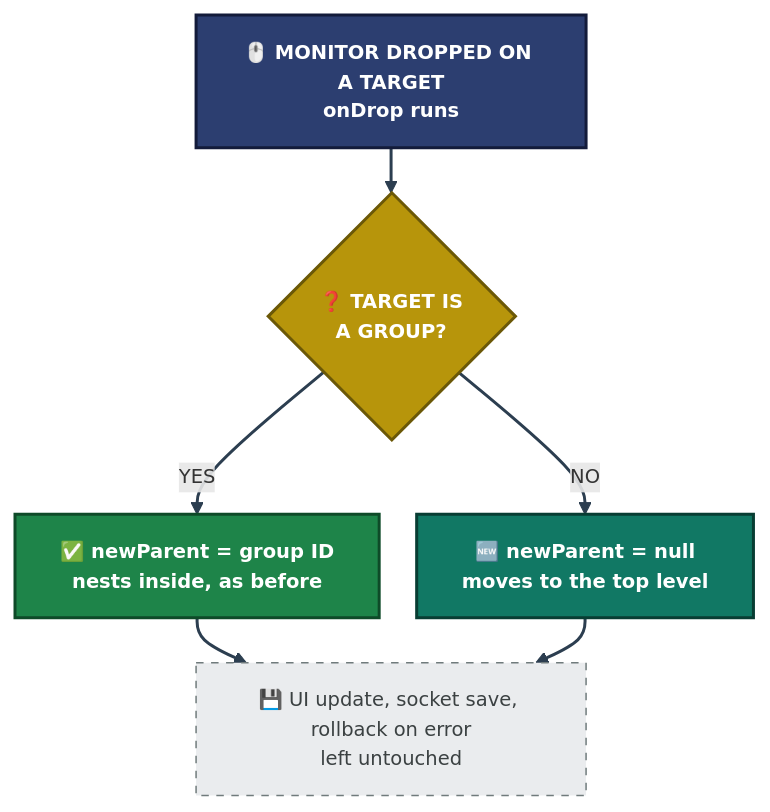
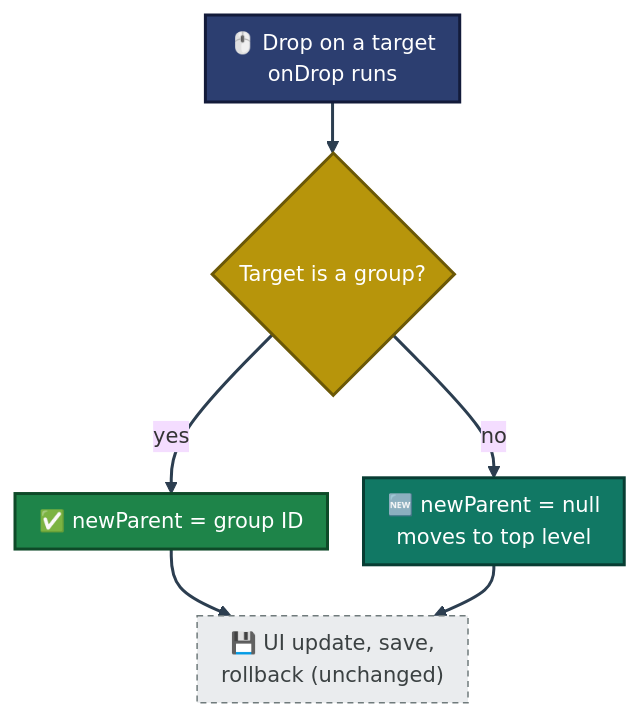
Before and after one commit to malaika-azhar/Real-World-Tier2-Support-Projects: the third of 4 diagrams in project-4-uptime-kuma-open-source-contribution/README.md, drawn with Mermaid. The commit also changed other lines of this file, not shown here.

````diff
--- a/project-4-uptime-kuma-open-source-contribution/README.md
+++ b/project-4-uptime-kuma-open-source-contribution/README.md
@@ -461,16 +454,15 @@
 ```mermaid
-%%{init: {'flowchart': {'nodeSpacing': 25, 'rankSpacing': 30, 'htmlLabels': true}, 'themeVariables': {'fontSize': '13px'}}}%%
+%%{init: {'theme': 'base', 'themeVariables': {'fontSize': '14px'}, 'flowchart': {'nodeSpacing': 24, 'rankSpacing': 34, 'padding': 8}}}%%
 flowchart TB
-    D["🖱️ MONITOR DROPPED ON A TARGET<br/>onDrop runs"]:::start --> Q{"❓ TARGET IS<br/>A GROUP?"}:::q
-    Q -->|YES| Y["✅ newParent = group ID<br/>nests inside, as before"]:::ok
-    Q -->|NO| N["🆕 newParent = null<br/>moves to the top level"]:::new
-    Y --> R["💾 UI update, socket save, rollback on error<br/>left untouched"]:::same
+    D["🖱️ Drop on a target<br/>onDrop runs"]:::start --> Q{"Target is a group?"}:::q
+    Q -->|yes| Y["✅ newParent = group ID"]:::ok
+    Q -->|no| N["🆕 newParent = null<br/>moves to top level"]:::new
+    Y --> R["💾 UI update, save,<br/>rollback (unchanged)"]:::same
     N --> R
-
-    classDef start fill:#2C3E70,stroke:#131B3A,stroke-width:2px,color:#FFFFFF,font-weight:bold
-    classDef q fill:#B7950B,stroke:#6B5807,stroke-width:2px,color:#FFFFFF,font-weight:bold
-    classDef ok fill:#1E8449,stroke:#0E4A28,stroke-width:2px,color:#FFFFFF,font-weight:bold
-    classDef new fill:#117864,stroke:#083D33,stroke-width:2px,color:#FFFFFF,font-weight:bold
-    classDef same fill:#EAECEE,stroke:#707B7C,color:#3B4142,stroke-dasharray: 5 5
+    classDef start fill:#2C3E70,stroke:#131B3A,stroke-width:2px,color:#FFFFFF
+    classDef q fill:#B7950B,stroke:#6B5807,stroke-width:2px,color:#FFFFFF
+    classDef ok fill:#1E8449,stroke:#0E4A28,stroke-width:2px,color:#FFFFFF
+    classDef new fill:#117864,stroke:#083D33,stroke-width:2px,color:#FFFFFF
+    classDef same fill:#EAECEE,stroke:#707B7C,color:#3B4142,stroke-dasharray: 4 3
     linkStyle default stroke:#2C3E50,stroke-width:2px
 ```
````
